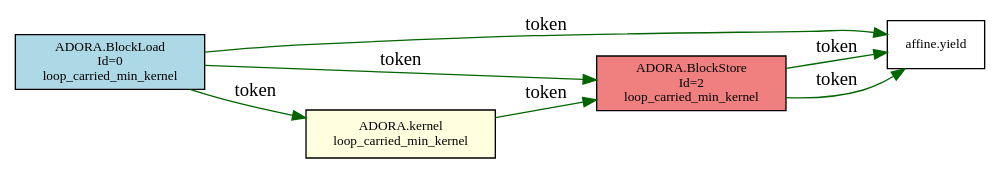
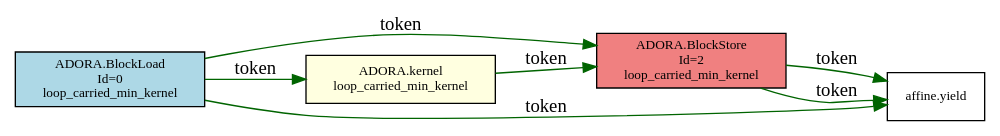
One commit to FDU-ME-ARC/adora-compiler changed the diagram in experiment/taskschedule/05_loop_carried/tokens.dot. Above: the diagram before and after it, drawn with Graphviz. The commit also changed 67 other files, not shown here.

```diff
--- a/experiment/taskschedule/05_loop_carried/tokens.dot
+++ b/experiment/taskschedule/05_loop_carried/tokens.dot
@@ -1,14 +1,14 @@
 digraph token_graph {
   rankdir=LR;
   node [shape=box, fontsize=10];
-  "0x562f075f8e10" [label="affine.yield"];
-  "0x562f075f9e50" [label="ADORA.BlockLoad\nId=0\nloop_carried_min_kernel", style=filled, fillcolor=lightblue];
-  "0x562f075d5c40" [label="ADORA.BlockStore\nId=2\nloop_carried_min_kernel", style=filled, fillcolor=lightcoral];
-  "0x562f075e5dc0" [label="ADORA.kernel\nloop_carried_min_kernel", style=filled, fillcolor=lightyellow];
-  "0x562f075f9e50" -> "0x562f075f8e10" [label="token", color=darkgreen];
-  "0x562f075f9e50" -> "0x562f075d5c40" [label="token", color=darkgreen];
-  "0x562f075f9e50" -> "0x562f075e5dc0" [label="token", color=darkgreen];
-  "0x562f075e5dc0" -> "0x562f075d5c40" [label="token", color=darkgreen];
-  "0x562f075d5c40" -> "0x562f075f8e10" [label="token", color=darkgreen];
-  "0x562f075d5c40" -> "0x562f075f8e10" [label="token", color=darkgreen];
+  "0x55900f61ac40" [label="ADORA.BlockStore\nId=2\nloop_carried_min_kernel", style=filled, fillcolor=lightcoral];
+  "0x55900f62a040" [label="ADORA.kernel\nloop_carried_min_kernel", style=filled, fillcolor=lightyellow];
+  "0x55900f63d110" [label="affine.yield"];
+  "0x55900f63e0e0" [label="ADORA.BlockLoad\nId=0\nloop_carried_min_kernel", style=filled, fillcolor=lightblue];
+  "0x55900f63e0e0" -> "0x55900f63d110" [label="token", color=darkgreen];
+  "0x55900f63e0e0" -> "0x55900f61ac40" [label="token", color=darkgreen];
+  "0x55900f63e0e0" -> "0x55900f62a040" [label="token", color=darkgreen];
+  "0x55900f62a040" -> "0x55900f61ac40" [label="token", color=darkgreen];
+  "0x55900f61ac40" -> "0x55900f63d110" [label="token", color=darkgreen];
+  "0x55900f61ac40" -> "0x55900f63d110" [label="token", color=darkgreen];
 }
```
